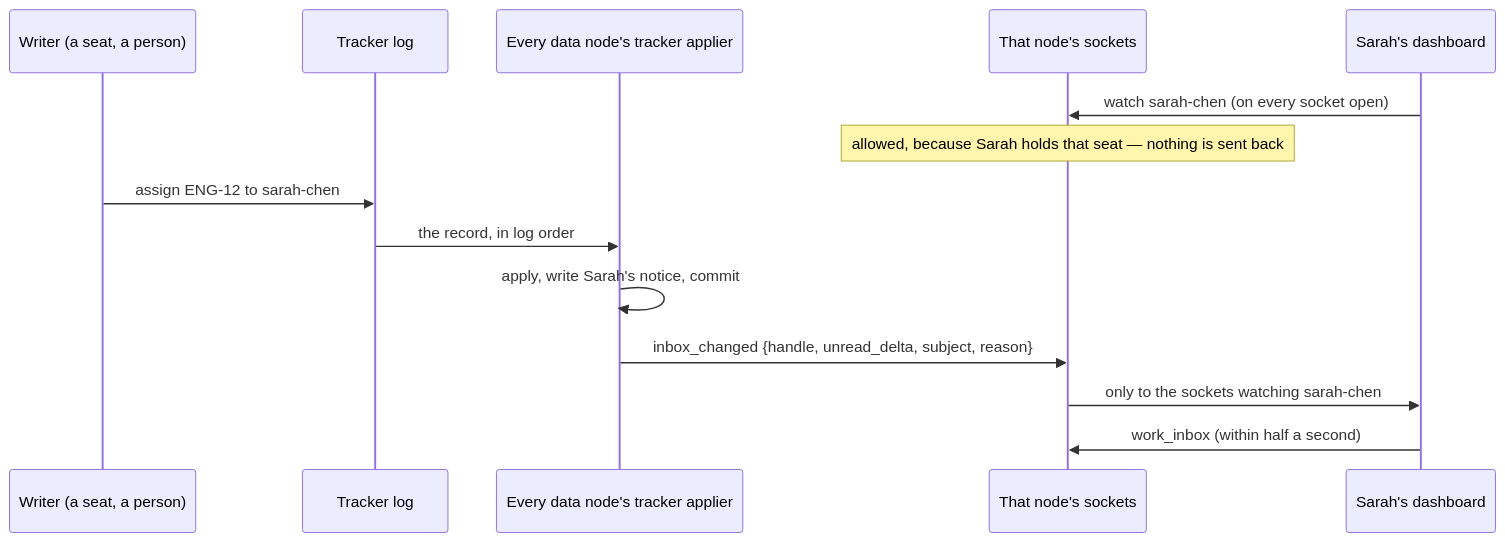
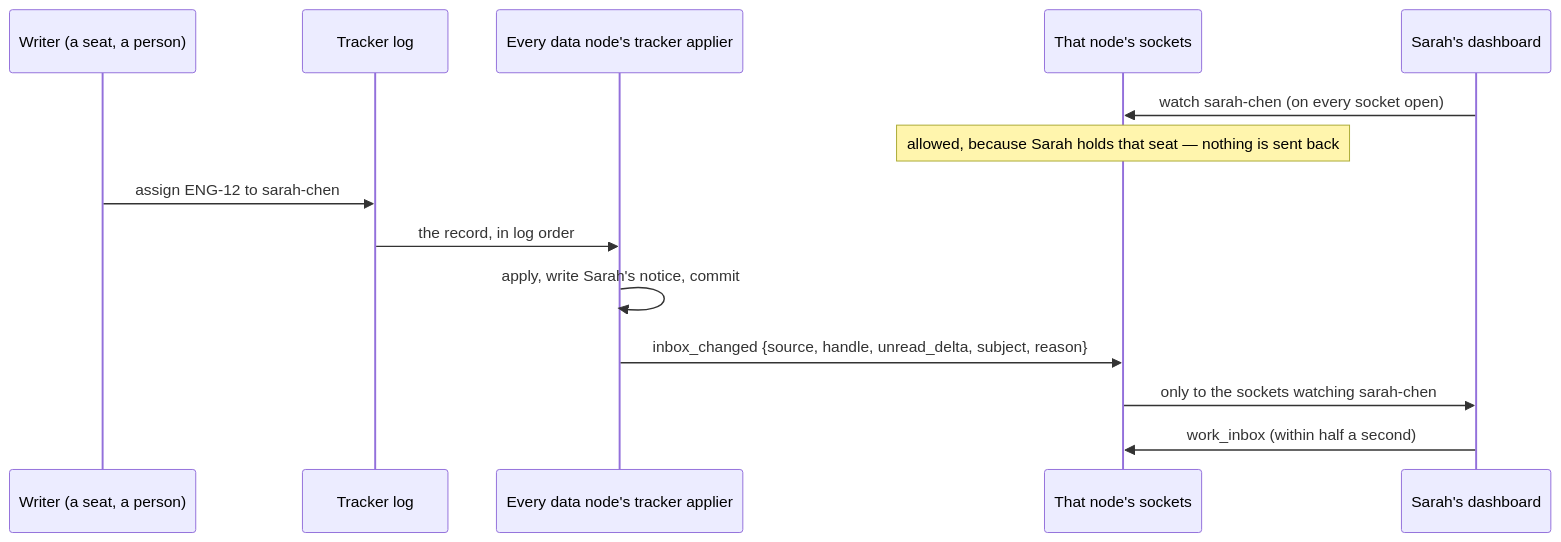
The third of 3 diagrams in docs/concepts/humans-in-the-org.md (crewlet/crewlet), drawn with Mermaid before and after one commit. The commit also changed other lines of this file and 65 other files, not shown here.

````diff
--- a/docs/concepts/humans-in-the-org.md
+++ b/docs/concepts/humans-in-the-org.md
@@ -477,16 +477,16 @@
 ```mermaid
 sequenceDiagram
     participant W as Writer (a seat, a person)
     participant L as Tracker log
     participant N as Every data node's tracker applier
     participant S as That node's sockets
     participant D as Sarah's dashboard
     D->>S: watch sarah-chen (on every socket open)
     Note over S: allowed, because Sarah holds that seat — nothing is sent back
     W->>L: assign ENG-12 to sarah-chen
     L->>N: the record, in log order
     N->>N: apply, write Sarah's notice, commit
-    N->>S: inbox_changed {handle, unread_delta, subject, reason}
+    N->>S: inbox_changed {source, handle, unread_delta, subject, reason}
     S->>D: only to the sockets watching sarah-chen
     D->>S: work_inbox (within half a second)
 ```
````
